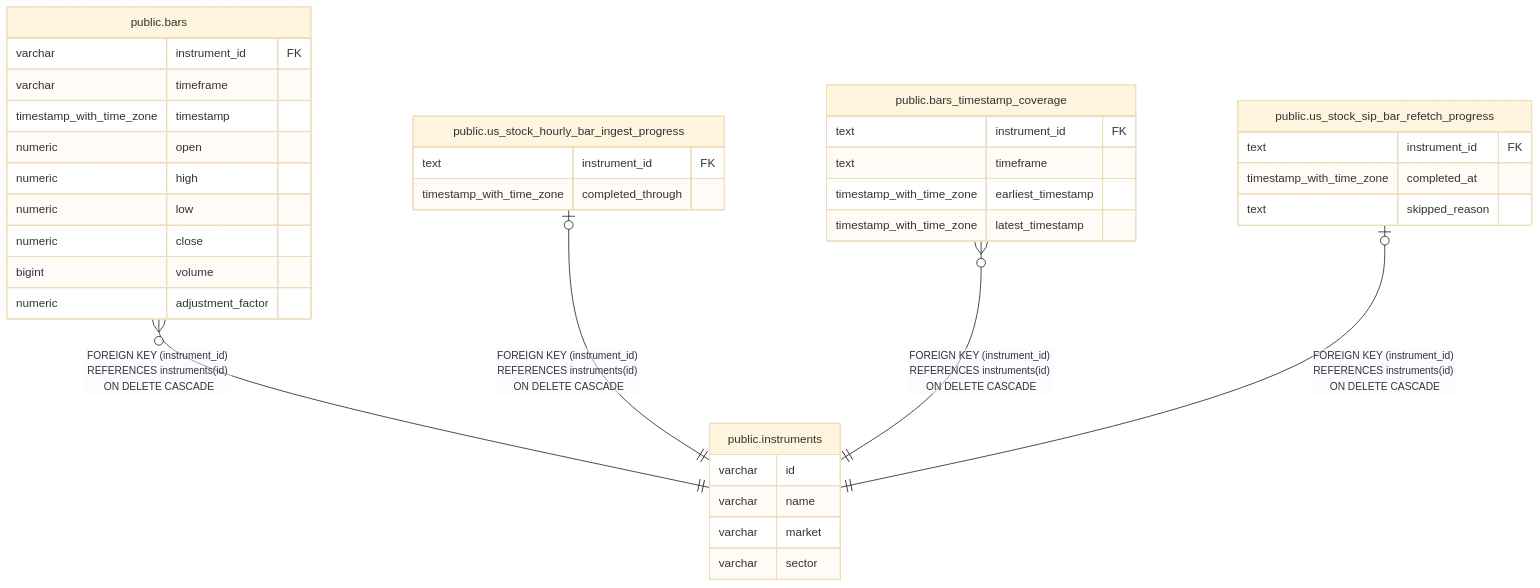
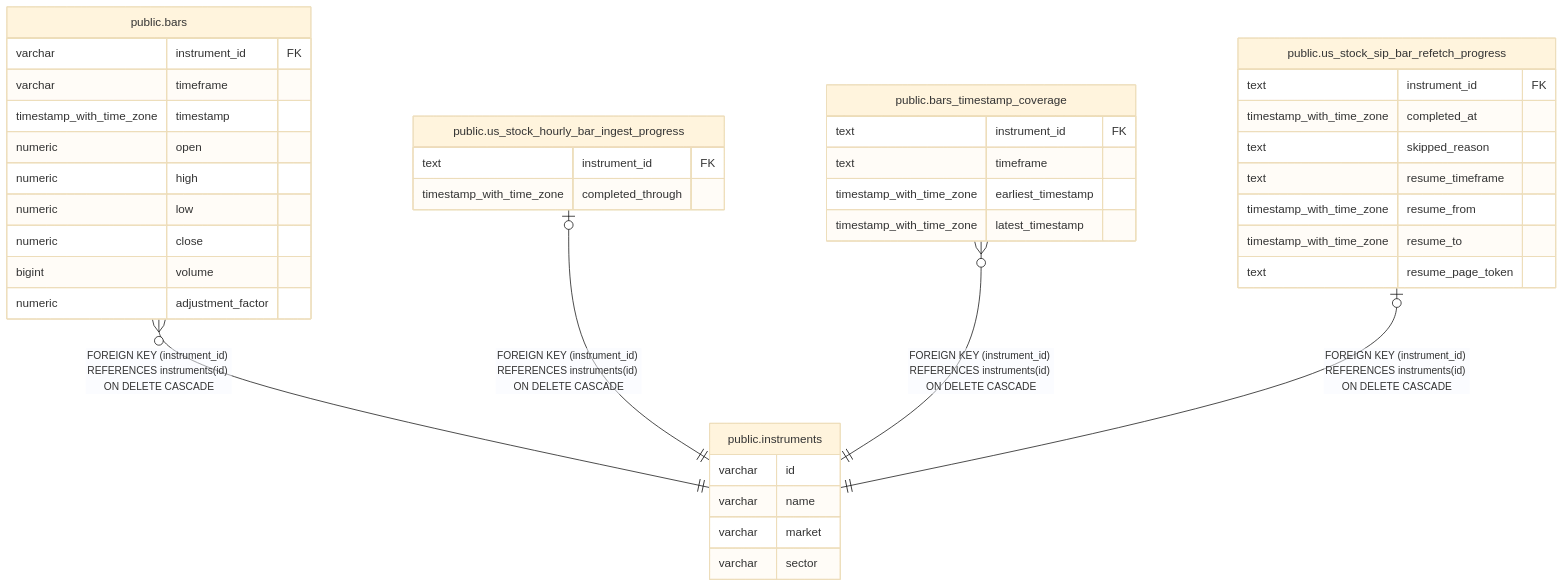
One commit to fohte/t-rader changed the diagram in backend/docs/db/public.instruments.md. Above: the diagram before and after it, drawn with Mermaid (base theme). The commit also changed 18 other files, not shown here.

````diff
--- a/backend/docs/db/public.instruments.md
+++ b/backend/docs/db/public.instruments.md
@@ -31,41 +31,45 @@
 ```mermaid
 erDiagram
 
 "public.bars" }o--|| "public.instruments" : "FOREIGN KEY (instrument_id) REFERENCES instruments(id) ON DELETE CASCADE"
 "public.us_stock_hourly_bar_ingest_progress" |o--|| "public.instruments" : "FOREIGN KEY (instrument_id) REFERENCES instruments(id) ON DELETE CASCADE"
 "public.bars_timestamp_coverage" }o--|| "public.instruments" : "FOREIGN KEY (instrument_id) REFERENCES instruments(id) ON DELETE CASCADE"
 "public.us_stock_sip_bar_refetch_progress" |o--|| "public.instruments" : "FOREIGN KEY (instrument_id) REFERENCES instruments(id) ON DELETE CASCADE"
 
 "public.instruments" {
   varchar id
   varchar name
   varchar market
   varchar sector
 }
 "public.bars" {
   varchar instrument_id FK
   varchar timeframe
   timestamp_with_time_zone timestamp
   numeric open
   numeric high
   numeric low
   numeric close
   bigint volume
   numeric adjustment_factor
 }
 "public.us_stock_hourly_bar_ingest_progress" {
   text instrument_id FK
   timestamp_with_time_zone completed_through
 }
 "public.bars_timestamp_coverage" {
   text instrument_id FK
   text timeframe
   timestamp_with_time_zone earliest_timestamp
   timestamp_with_time_zone latest_timestamp
 }
 "public.us_stock_sip_bar_refetch_progress" {
   text instrument_id FK
   timestamp_with_time_zone completed_at
   text skipped_reason
+  text resume_timeframe
+  timestamp_with_time_zone resume_from
+  timestamp_with_time_zone resume_to
+  text resume_page_token
 }
 ```
````
